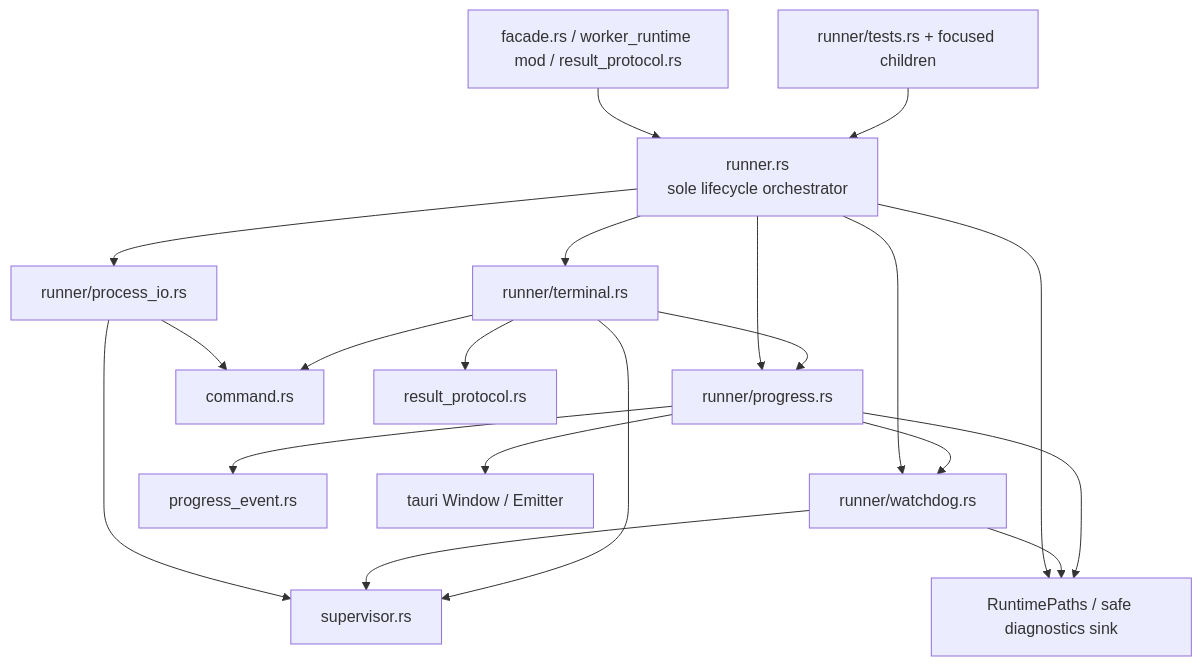
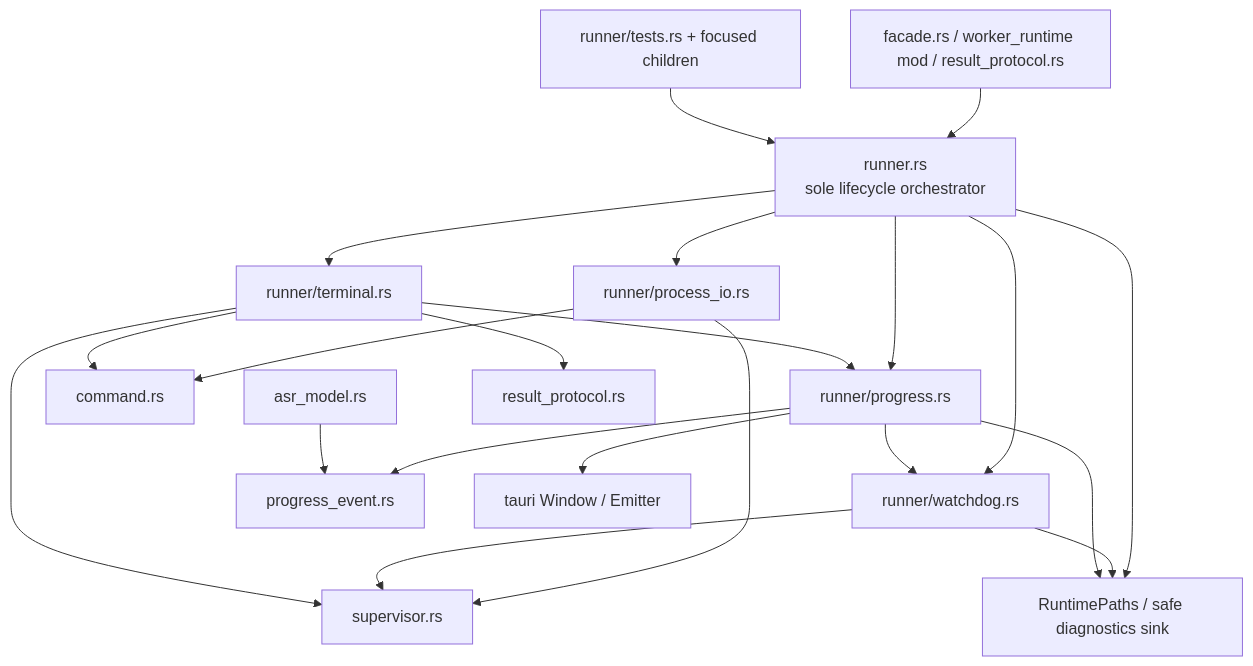
One commit to jiabai/FrameQ changed the diagram in docs/design-docs/2026-07-23-rust-worker-runner-module-split.md. Above: the diagram before and after it, drawn with Mermaid. The commit also changed other lines of this file and 4 other files, not shown here.

````diff
--- a/docs/design-docs/2026-07-23-rust-worker-runner-module-split.md
+++ b/docs/design-docs/2026-07-23-rust-worker-runner-module-split.md
@@ -141,22 +150,23 @@
 ```mermaid
 flowchart TD
   App["facade.rs / worker_runtime mod / result_protocol.rs"] --> Root["runner.rs\nsole lifecycle orchestrator"]
   Root --> Process["runner/process_io.rs"]
   Root --> Watchdog["runner/watchdog.rs"]
   Root --> Progress["runner/progress.rs"]
   Root --> Terminal["runner/terminal.rs"]
   Root --> Runtime["RuntimePaths / safe diagnostics sink"]
   Process --> Command["command.rs"]
   Process --> Supervisor["supervisor.rs"]
   Watchdog --> Supervisor
   Watchdog --> Runtime
   Progress --> Validation["progress_event.rs"]
   Progress --> Watchdog
   Progress --> Runtime
   Progress --> Tauri["tauri Window / Emitter"]
+  Model["asr_model.rs"] --> Validation
   Terminal --> Protocol["result_protocol.rs"]
   Terminal --> Command
   Terminal --> Progress
   Terminal --> Supervisor
   Tests["runner/tests.rs + focused children"] --> Root
 ```
````
